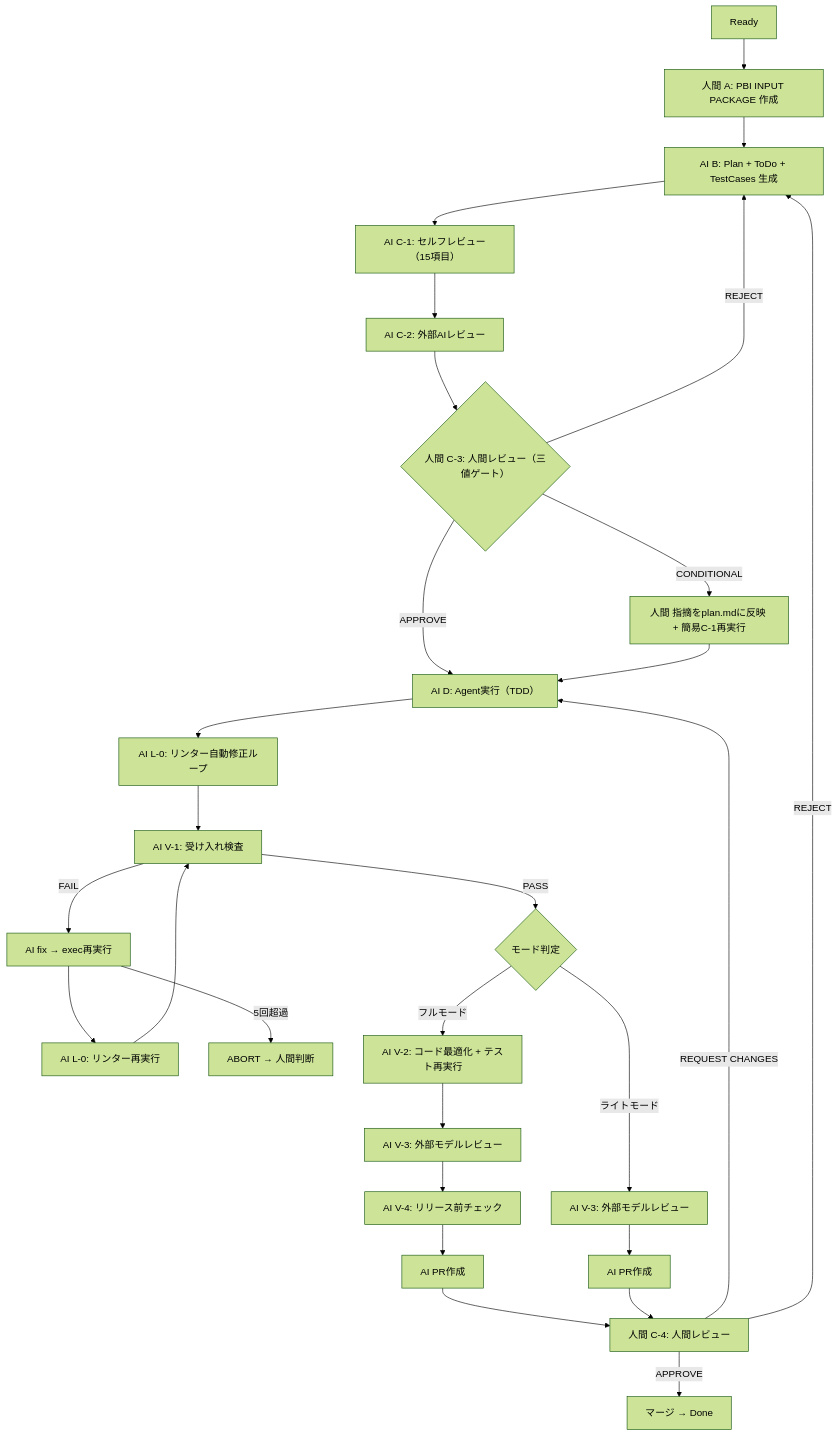
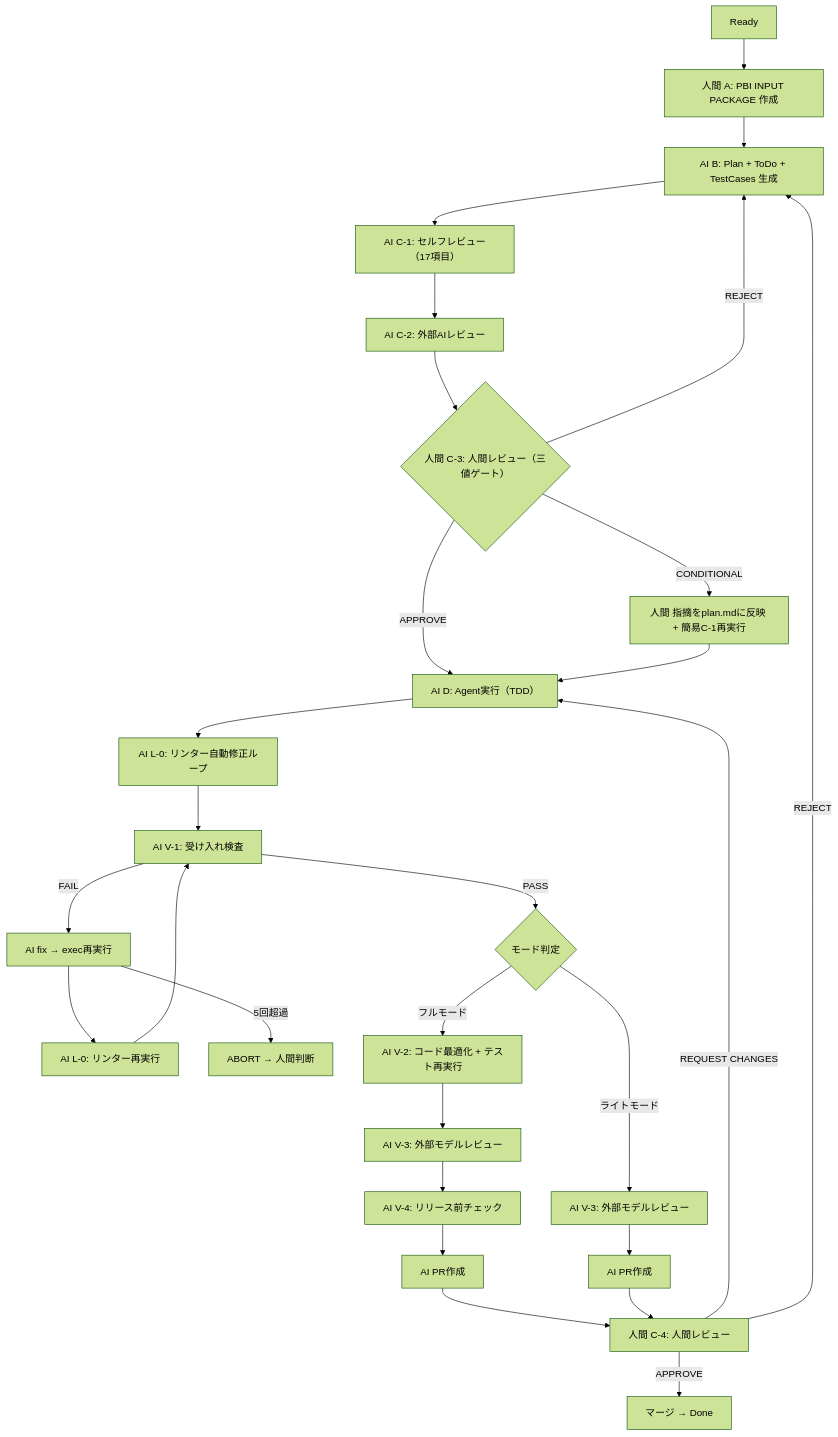
Before and after one commit to s977043/PlanGate: the diagram in docs/plangate.md, drawn with Mermaid (forest theme). The commit also changed other lines of this file and 30 other files, not shown here.

````diff
--- a/docs/plangate.md
+++ b/docs/plangate.md
@@ -39,30 +39,30 @@
 ```mermaid
 graph TD
     Start["Ready"] --> A["人間 A: PBI INPUT PACKAGE 作成"]
     A --> B["AI B: Plan + ToDo + TestCases 生成"]
-    B --> C1["AI C-1: セルフレビュー（15項目）"]
+    B --> C1["AI C-1: セルフレビュー（17項目）"]
     C1 --> C2["AI C-2: 外部AIレビュー"]
     C2 --> C3{"人間 C-3: 人間レビュー（三値ゲート）"}
     C3 -->|"APPROVE"| D["AI D: Agent実行（TDD）"]
     C3 -->|"CONDITIONAL"| Fix["人間 指摘をplan.mdに反映 + 簡易C-1再実行"]
     Fix --> D
     C3 -->|"REJECT"| B
     D --> L0["AI L-0: リンター自動修正ループ"]
     L0 --> V1["AI V-1: 受け入れ検査"]
     V1 -->|"PASS"| Mode{"モード判定"}
     V1 -->|"FAIL"| FixLoop["AI fix → exec再実行"]
     FixLoop --> L0re["AI L-0: リンター再実行"]
     L0re --> V1
     FixLoop -->|"5回超過"| Abort["ABORT → 人間判断"]
     Mode -->|"フルモード"| V2["AI V-2: コード最適化 + テスト再実行"]
     Mode -->|"ライトモード"| V3L["AI V-3: 外部モデルレビュー"]
     V2 --> V3["AI V-3: 外部モデルレビュー"]
     V3 --> V4["AI V-4: リリース前チェック"]
     V4 --> PR["AI PR作成"]
     V3L --> PRL["AI PR作成"]
     PR --> C4["人間 C-4: 人間レビュー"]
     PRL --> C4
     C4 -->|"APPROVE"| Merge["マージ → Done"]
     C4 -->|"REQUEST CHANGES"| D
     C4 -->|"REJECT"| B
 ```
````
